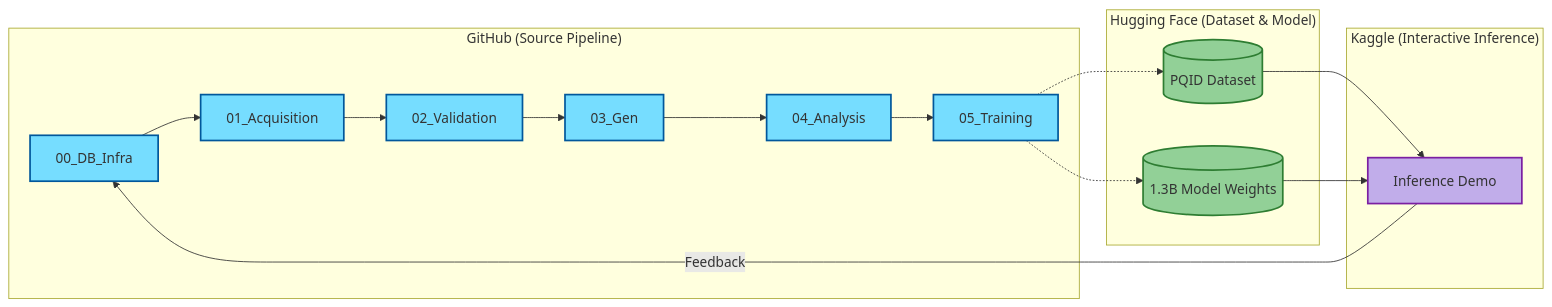
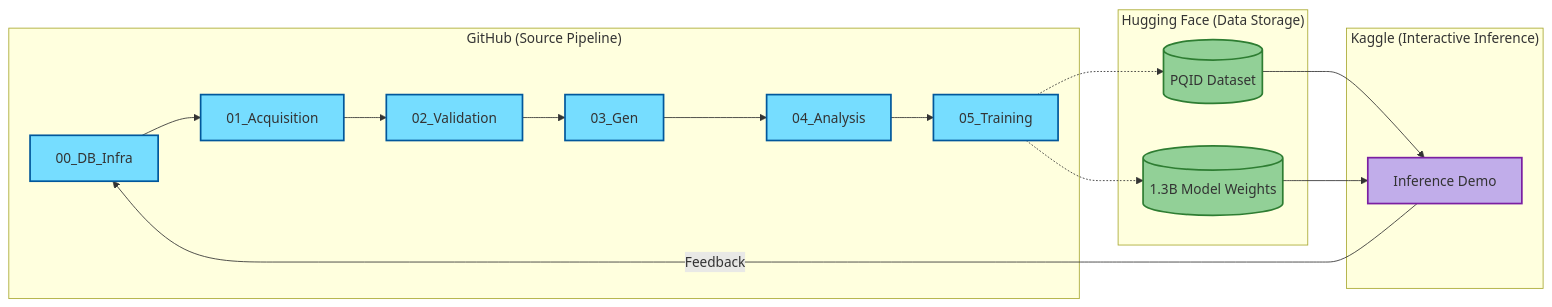
The first of 4 diagrams in README.md (Elias-Abebe-Gasparini/PQID-Dataset), drawn with Mermaid before and after one commit. The commit also changed 1 other file, not shown here.

Commit message:
uppdated proccess diagrams

````diff
--- a/README.md
+++ b/README.md
@@ -37,36 +37,36 @@
 ```mermaid
 graph LR
     %% Class Definitions
     classDef github fill:#76ddff,stroke:#01579b,stroke-width:2px;
     classDef hf fill:#92d097,stroke:#2e7d32,stroke-width:2px;
     classDef kaggle fill:#c1adea,stroke:#7b1fa2,stroke-width:2px;
 
     subgraph "GitHub (Source Pipeline)"
         A[00_DB_Infra] --> B[01_Acquisition]
         B --> C[02_Validation]
         C --> D[03_Gen]
         D --> E[04_Analysis]
         E --> F[05_Training]
     end
 
-    subgraph "Hugging Face (Dataset & Model)"
+    subgraph "Hugging Face (Data Storage)"
         G[(PQID Dataset)]
         H[(1.3B Model Weights)]
     end
 
     subgraph "Kaggle (Interactive Inference)"
         I[Inference Demo]
     end
 
     %% Applying Classes
     class A,B,C,D,E,F github;
     class G,H hf;
     class I kaggle;
 
     %% Connections
     F -.-> G
     F -.-> H
     G --> I
     H --> I
     I -- Feedback --> A
 ```
````
